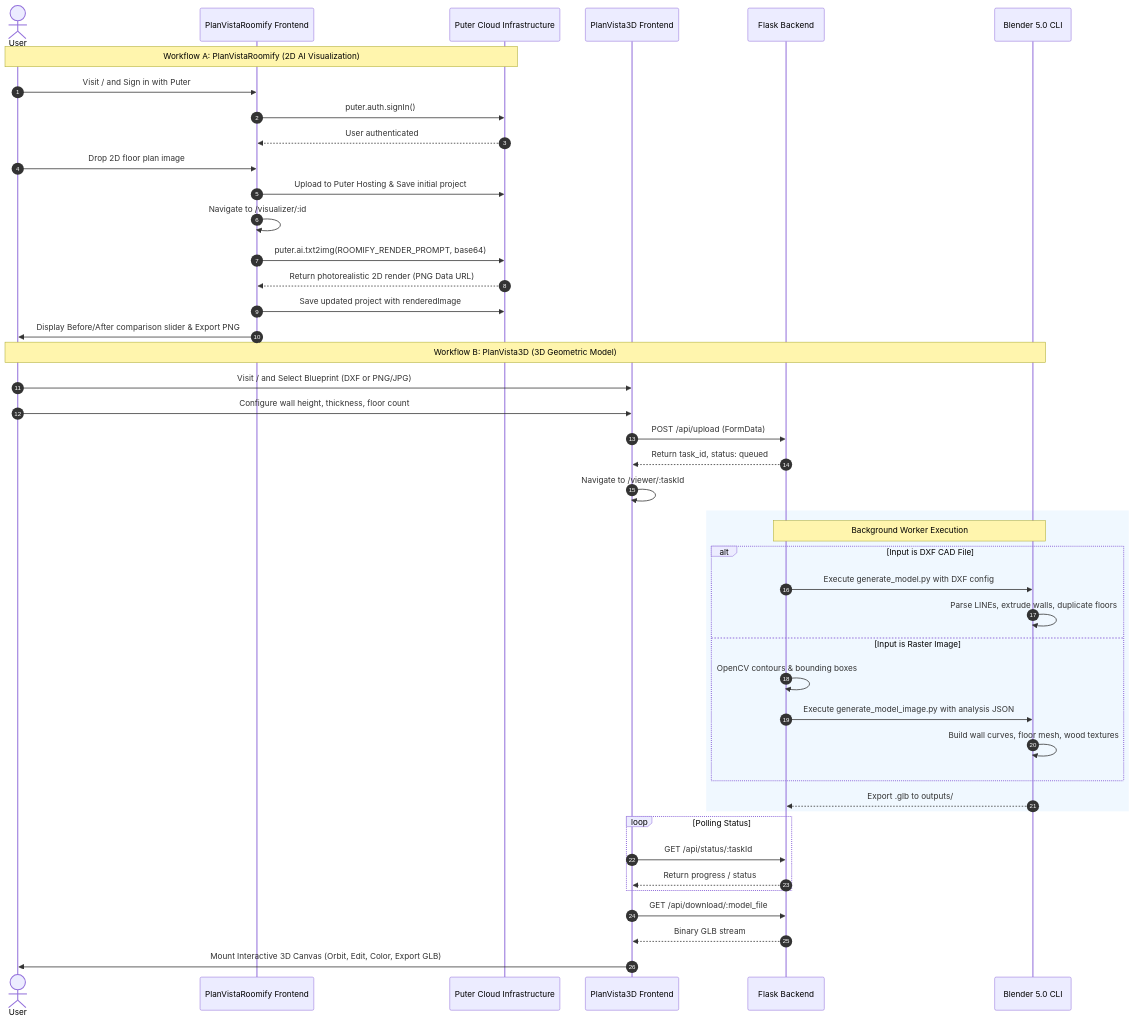
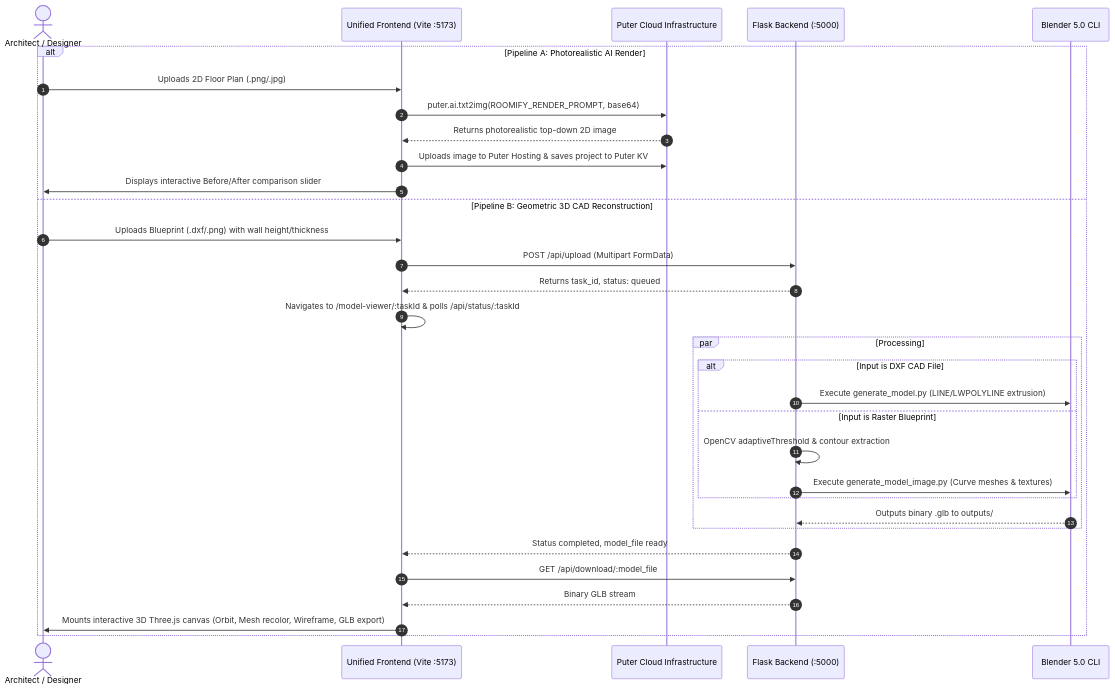
The second of 2 diagrams in docs/architecture/CURRENT_ARCHITECTURE.md (hamzaKhan2004/PlanVista3D_Unified), drawn with Mermaid before and after one commit. The commit also changed other lines of this file and 85 other files, not shown here.

````diff
--- a/docs/architecture/CURRENT_ARCHITECTURE.md
+++ b/docs/architecture/CURRENT_ARCHITECTURE.md
@@ -202,51 +155,37 @@
 ```mermaid
 sequenceDiagram
     autonumber
-    actor User as User
-    participant Roomify as PlanVistaRoomify Frontend
+    actor User as Architect / Designer
+    participant UI as Unified Frontend (Vite :5173)
     participant Puter as Puter Cloud Infrastructure
-    participant P3D_FE as PlanVista3D Frontend
-    participant P3D_BE as Flask Backend
+    participant Flask as Flask Backend (:5000)
     participant Blender as Blender 5.0 CLI
 
-    Note over User, Puter: Workflow A: PlanVistaRoomify (2D AI Visualization)
-    User->>Roomify: Visit / and Sign in with Puter
-    Roomify->>Puter: puter.auth.signIn()
-    Puter-->>Roomify: User authenticated
-    User->>Roomify: Drop 2D floor plan image
-    Roomify->>Puter: Upload to Puter Hosting & Save initial project
-    Roomify->>Roomify: Navigate to /visualizer/:id
-    Roomify->>Puter: puter.ai.txt2img(ROOMIFY_RENDER_PROMPT, base64)
-    Puter-->>Roomify: Return photorealistic 2D render (PNG Data URL)
-    Roomify->>Puter: Save updated project with renderedImage
-    Roomify->>User: Display Before/After comparison slider & Export PNG
-
-    Note over User, Blender: Workflow B: PlanVista3D (3D Geometric Model)
-    User->>P3D_FE: Visit / and Select Blueprint (DXF or PNG/JPG)
-    User->>P3D_FE: Configure wall height, thickness, floor count
-    P3D_FE->>P3D_BE: POST /api/upload (FormData)
-    P3D_BE-->>P3D_FE: Return task_id, status: queued
-    P3D_FE->>P3D_FE: Navigate to /viewer/:taskId
-    
-    rect rgb(240, 248, 255)
-        Note over P3D_BE, Blender: Background Worker Execution
-        alt Input is DXF CAD File
-            P3D_BE->>Blender: Execute generate_model.py with DXF config
-            Blender->>Blender: Parse LINEs, extrude walls, duplicate floors
-        else Input is Raster Image
-            P3D_BE->>P3D_BE: OpenCV contours & bounding boxes
-            P3D_BE->>Blender: Execute generate_model_image.py with analysis JSON
-            Blender->>Blender: Build wall curves, floor mesh, wood textures
+    alt Pipeline A: Photorealistic AI Render
+        User->>UI: Uploads 2D Floor Plan (.png/.jpg)
+        UI->>Puter: puter.ai.txt2img(ROOMIFY_RENDER_PROMPT, base64)
+        Puter-->>UI: Returns photorealistic top-down 2D image
+        UI->>Puter: Uploads image to Puter Hosting & saves project to Puter KV
+        UI->>User: Displays interactive Before/After comparison slider
+    else Pipeline B: Geometric 3D CAD Reconstruction
+        User->>UI: Uploads Blueprint (.dxf/.png) with wall height/thickness
+        UI->>Flask: POST /api/upload (Multipart FormData)
+        Flask-->>UI: Returns task_id, status: queued
+        UI->>UI: Navigates to /model-viewer/:taskId & polls /api/status/:taskId
+        
+        par Processing
+            alt Input is DXF CAD File
+                Flask->>Blender: Execute generate_model.py (LINE/LWPOLYLINE extrusion)
+            else Input is Raster Blueprint
+                Flask->>Flask: OpenCV adaptiveThreshold & contour extraction
+                Flask->>Blender: Execute generate_model_image.py (Curve meshes & textures)
+            end
+            Blender-->>Flask: Outputs binary .glb to outputs/
         end
-        Blender-->>P3D_BE: Export .glb to outputs/
+        
+        Flask-->>UI: Status completed, model_file ready
+        UI->>Flask: GET /api/download/:model_file
+        Flask-->>UI: Binary GLB stream
+        UI->>User: Mounts interactive 3D Three.js canvas (Orbit, Mesh recolor, Wireframe, GLB export)
     end
-
-    loop Polling Status
-        P3D_FE->>P3D_BE: GET /api/status/:taskId
-        P3D_BE-->>P3D_FE: Return progress / status
-    end
-
-    P3D_FE->>P3D_BE: GET /api/download/:model_file
-    P3D_BE-->>P3D_FE: Binary GLB stream
-    P3D_FE->>User: Mount Interactive 3D Canvas (Orbit, Edit, Color, Export GLB)
 ```
````
